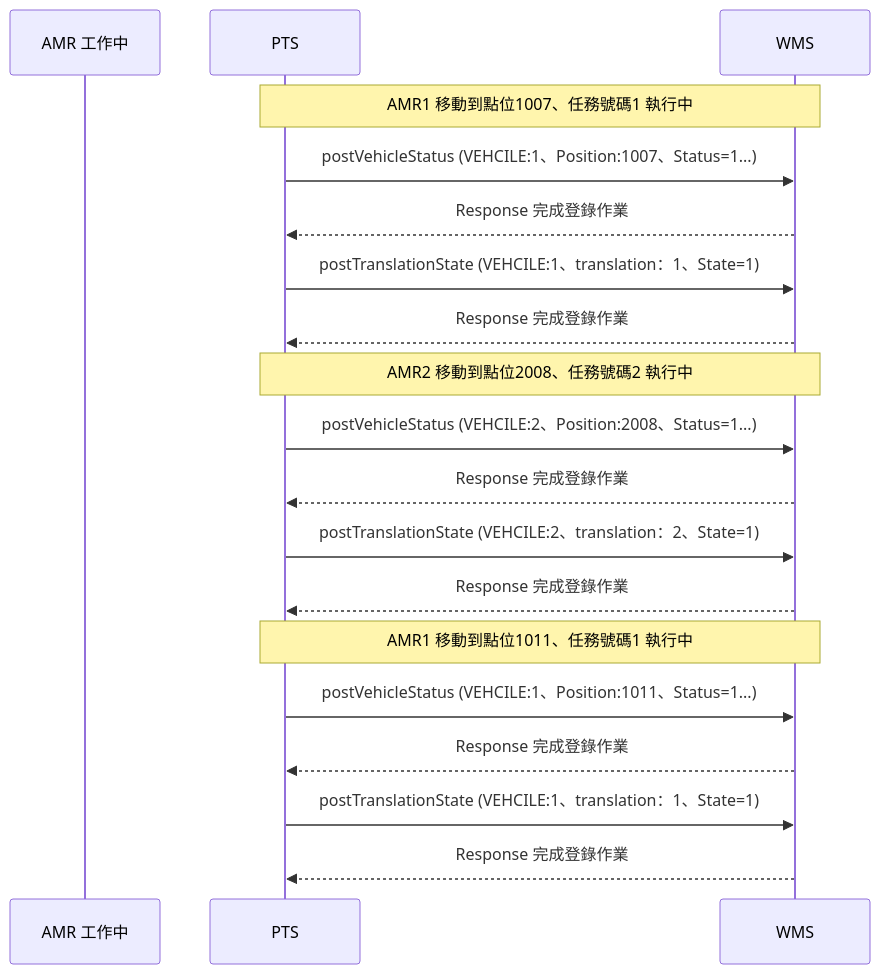
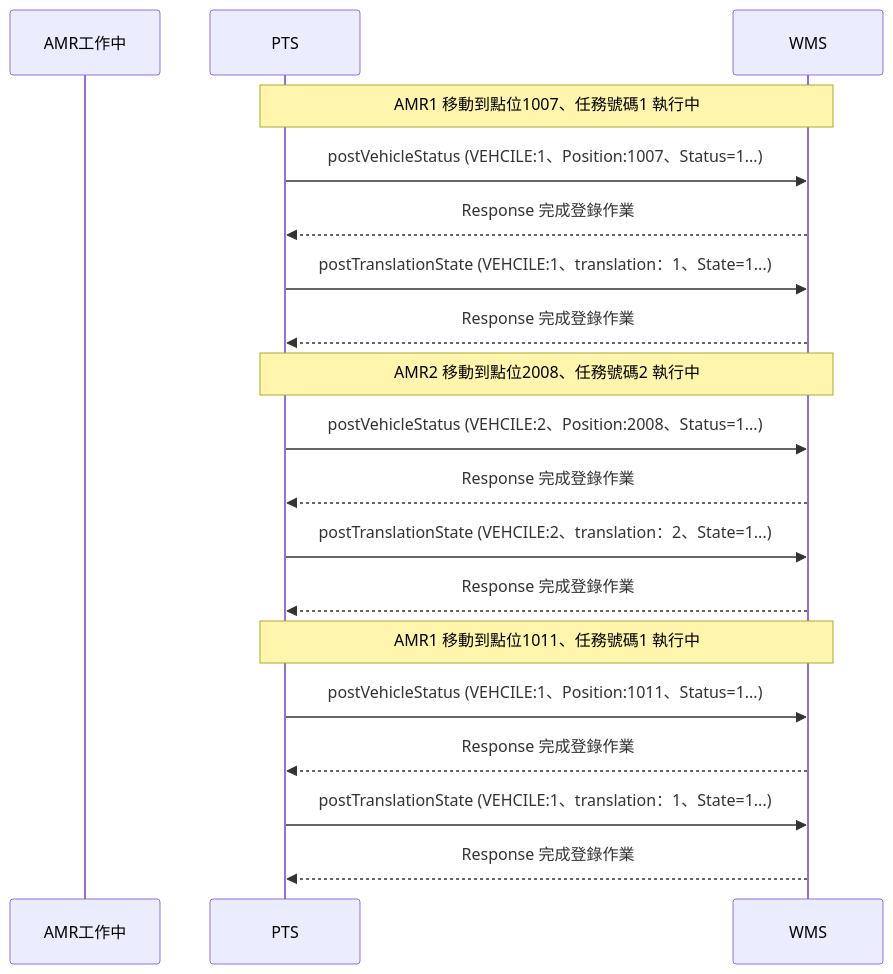
Before and after one commit to athena-tircgo/amr-wms-lsj: the seventh of 9 diagrams in README.md, drawn with Mermaid. The commit also changed other lines of this file, not shown here.

````diff
--- a/README.md
+++ b/README.md
@@ -380,26 +380,26 @@
 ```mermaid
 sequenceDiagram
-    participant AMR 工作中
+    participant AMR工作中
     participant PTS
     participant WMS
 
 
 note over PTS,WMS: AMR1 移動到點位1007、任務號碼1 執行中
      PTS->>WMS: postVehicleStatus (VEHCILE:1、Position:1007、Status=1...)
      WMS-->>PTS:Response 完成登錄作業
-     PTS->>WMS: postTranslationState (VEHCILE:1、translation：1、State=1)
+     PTS->>WMS: postTranslationState (VEHCILE:1、translation：1、State=1...)
      WMS-->>PTS:Response 完成登錄作業
 
 note over PTS,WMS: AMR2 移動到點位2008、任務號碼2 執行中
      PTS->>WMS: postVehicleStatus (VEHCILE:2、Position:2008、Status=1...)
      WMS-->>PTS:Response 完成登錄作業
-     PTS->>WMS: postTranslationState (VEHCILE:2、translation：2、State=1)
+     PTS->>WMS: postTranslationState (VEHCILE:2、translation：2、State=1...)
      WMS-->>PTS:Response 完成登錄作業
 
 note over PTS,WMS: AMR1 移動到點位1011、任務號碼1 執行中
      PTS->>WMS: postVehicleStatus (VEHCILE:1、Position:1011、Status=1...)
      WMS-->>PTS:Response 完成登錄作業
-     PTS->>WMS: postTranslationState (VEHCILE:1、translation：1、State=1)
+     PTS->>WMS: postTranslationState (VEHCILE:1、translation：1、State=1...)
      WMS-->>PTS:Response 完成登錄作業
 
 ```
````
